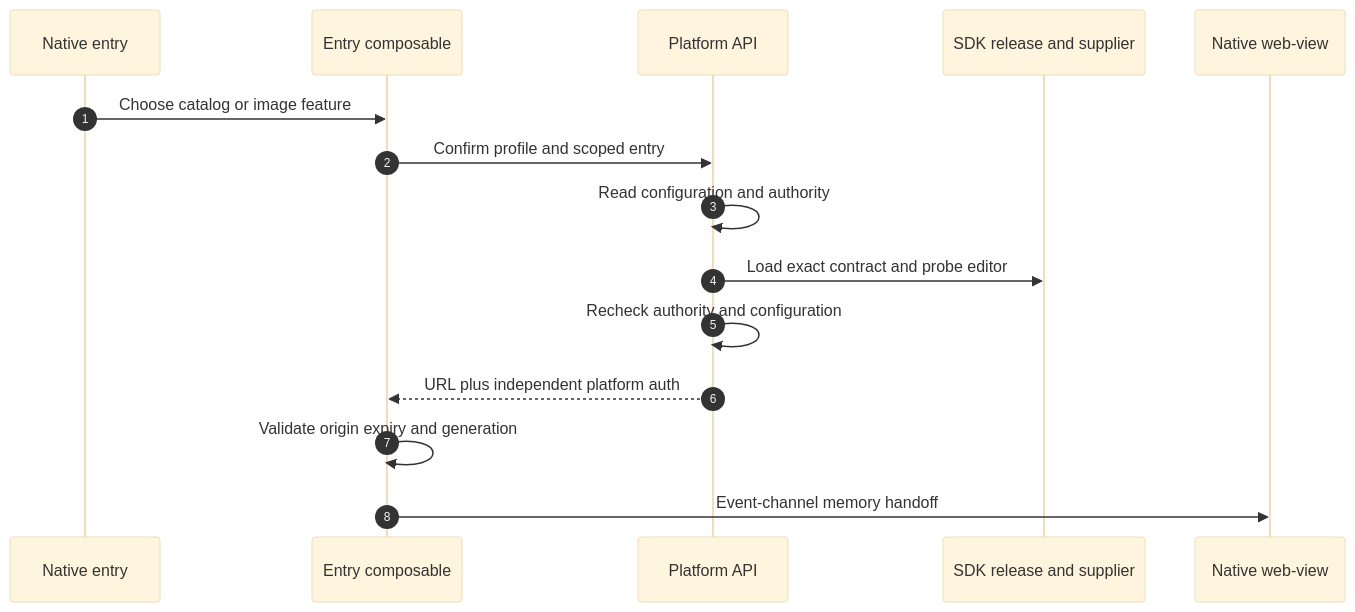
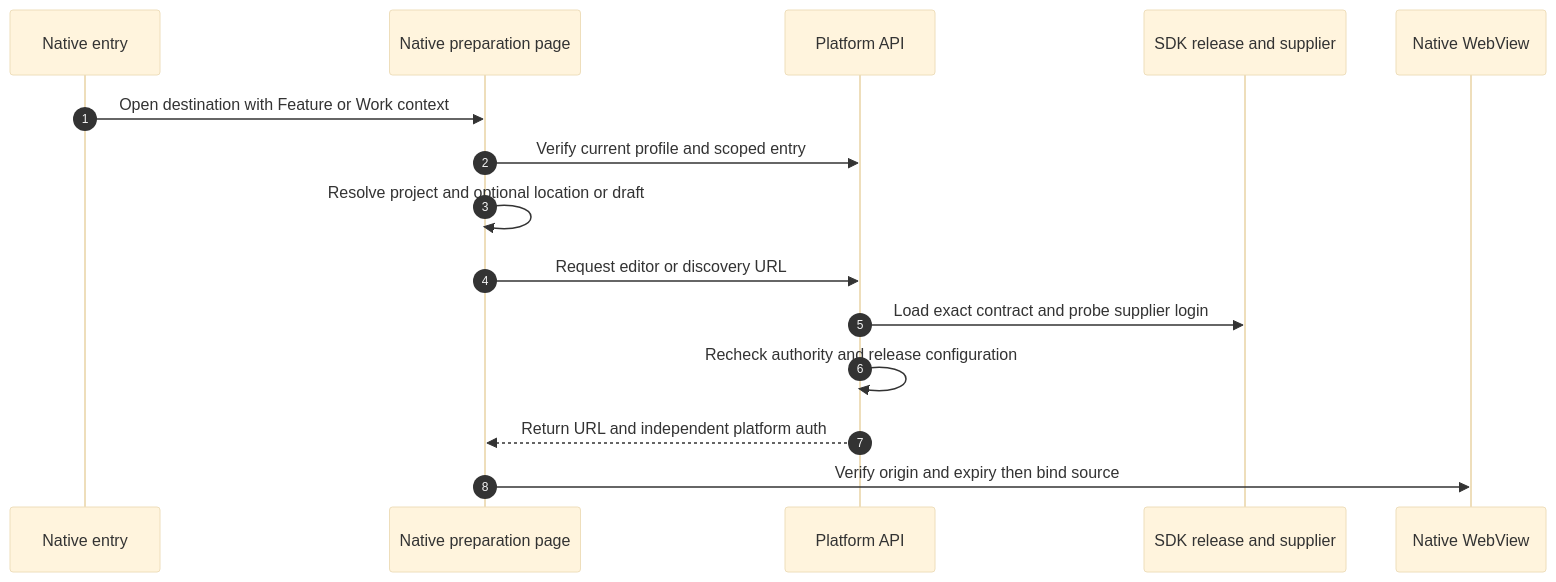
The diagram in frontend/floor-plans.md (Orientation-CD/docs), drawn with Mermaid (base theme) before and after one commit. The commit also changed other lines of this file and 189 other files, not shown here.

````diff
--- a/frontend/floor-plans.md
+++ b/frontend/floor-plans.md
@@ -11,17 +11,17 @@
 ```mermaid
 sequenceDiagram
   autonumber
   participant U as Native entry
-  participant E as Entry composable
+  participant P as Native preparation page
   participant A as Platform API
   participant S as SDK release and supplier
-  participant W as Native web-view
-  U->>E: Choose catalog or image feature
-  E->>A: Confirm profile and scoped entry
-  A->>A: Read configuration and authority
-  A->>S: Load exact contract and probe editor
-  A->>A: Recheck authority and configuration
-  A-->>E: URL plus independent platform auth
-  E->>E: Validate origin expiry and generation
-  E->>W: Event-channel memory handoff
+  participant W as Native WebView
+  U->>P: Open destination with Feature or Work context
+  P->>A: Verify current profile and scoped entry
+  P->>P: Resolve project and optional location or draft
+  P->>A: Request editor or discovery URL
+  A->>S: Load exact contract and probe supplier login
+  A->>A: Recheck authority and release configuration
+  A-->>P: Return URL and independent platform auth
+  P->>W: Verify origin and expiry then bind source
 ```
````
